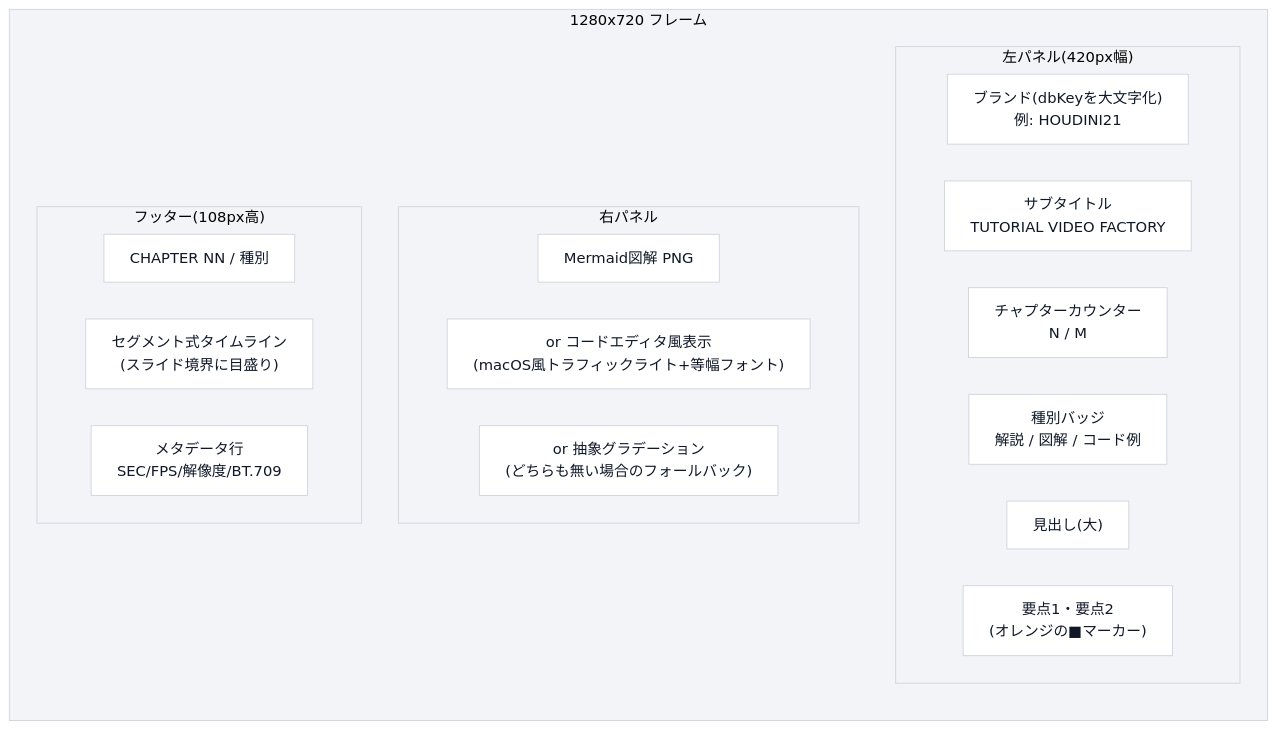
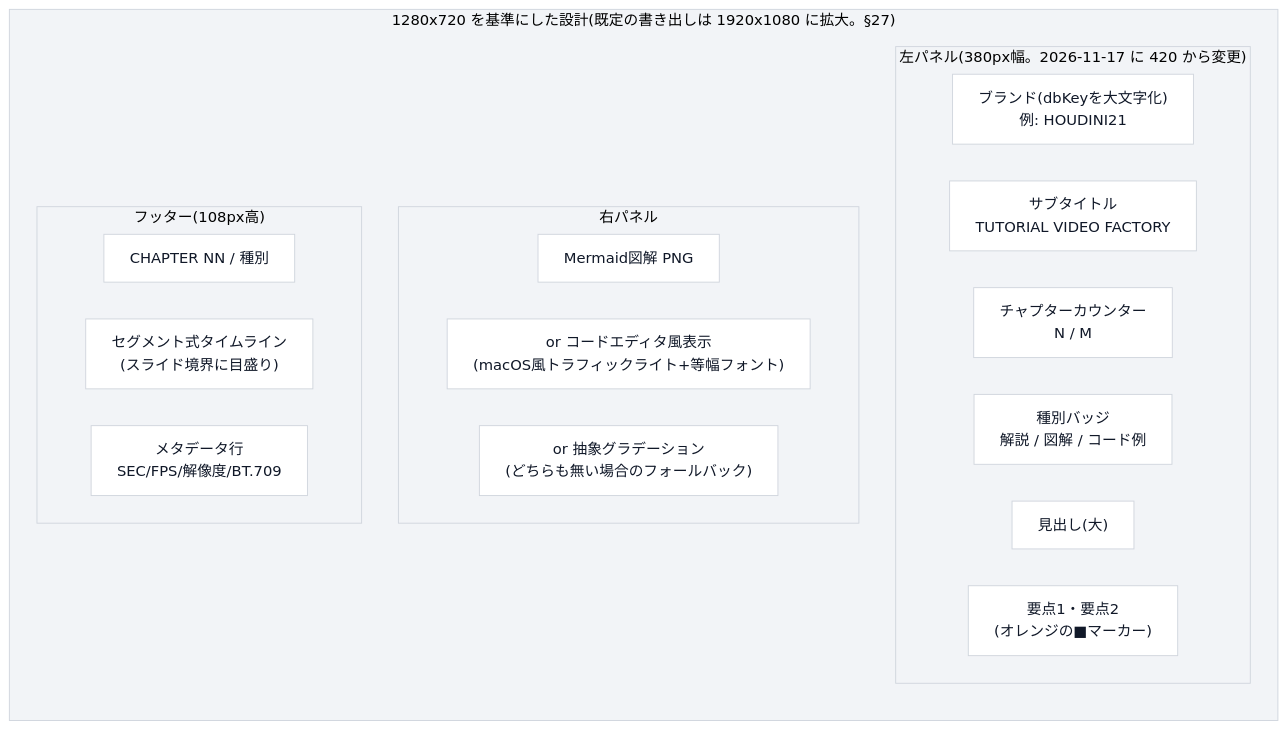
Before and after one commit to manato1201/RAGReel: the seventh of 17 diagrams in docs/technical-reference.md, drawn with Mermaid. The commit also changed other lines of this file and 20 other files, not shown here.

````diff
--- a/docs/technical-reference.md
+++ b/docs/technical-reference.md
@@ -330,24 +331,24 @@
 ```mermaid
 %%{init: {"theme":"base","fontFamily":"Noto Sans JP, Hiragino Sans, Meiryo, sans-serif","themeVariables":{"fontFamily":"Noto Sans JP, Hiragino Sans, Meiryo, sans-serif","primaryColor":"#ffffff","primaryBorderColor":"#d0d5dd","primaryTextColor":"#101828","lineColor":"#667085","clusterBkg":"#f2f4f7","clusterBorder":"#d0d5dd","edgeLabelBackground":"#ffffff"},"flowchart":{"wrappingWidth":480,"nodeSpacing":40,"rankSpacing":56,"padding":14},"sequence":{"mirrorActors":false,"wrap":false,"width":150,"actorMargin":30,"messageMargin":34}}}%%
 flowchart LR
-    subgraph frame["1280x720 フレーム"]
-        subgraph left["左パネル(420px幅)"]
+    subgraph frame["1280x720 を基準にした設計(既定の書き出しは 1920x1080 に拡大。§27)"]
+        subgraph left["左パネル(380px幅。2026-11-17 に 420 から変更)"]
             L1["ブランド(dbKeyを大文字化)<br/>例: HOUDINI21"]
             L2["サブタイトル<br/>TUTORIAL VIDEO FACTORY"]
             L3["チャプターカウンター<br/>N / M"]
             L4["種別バッジ<br/>解説 / 図解 / コード例"]
             L5["見出し(大)"]
             L6["要点1・要点2<br/>(オレンジの■マーカー)"]
         end
         subgraph right["右パネル"]
             R1["Mermaid図解 PNG"]
             R2["or コードエディタ風表示<br/>(macOS風トラフィックライト+等幅フォント)"]
             R3["or 抽象グラデーション<br/>(どちらも無い場合のフォールバック)"]
         end
         subgraph footer["フッター(108px高)"]
             F1["CHAPTER NN / 種別"]
             F2["セグメント式タイムライン<br/>(スライド境界に目盛り)"]
             F3["メタデータ行<br/>SEC/FPS/解像度/BT.709"]
         end
     end
 ```
````
